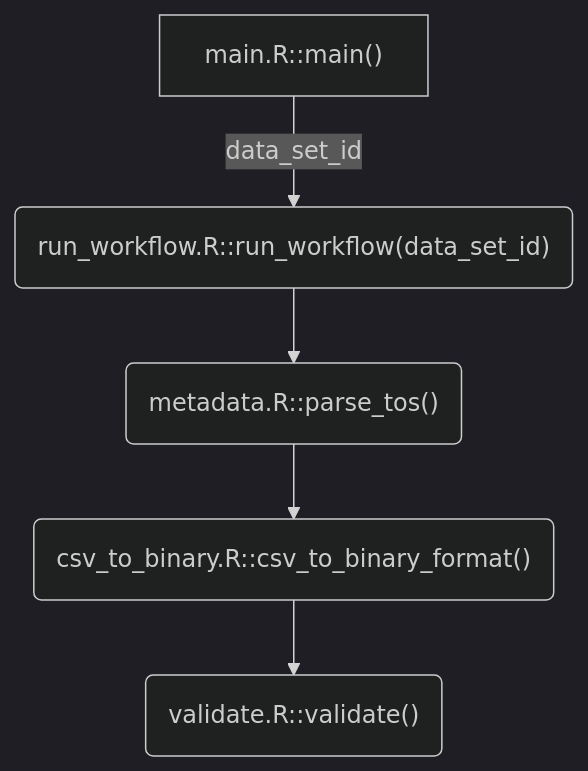
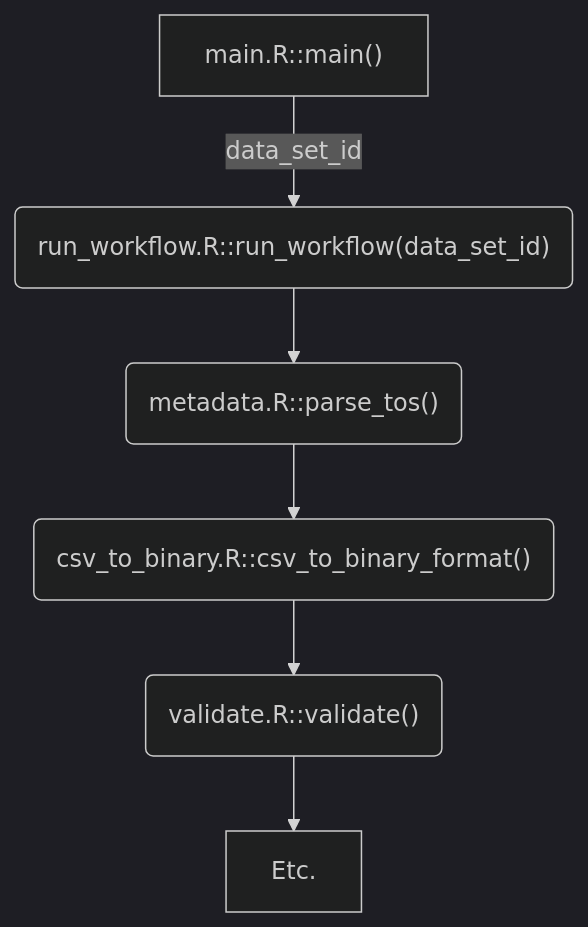
Before and after one commit to rcgsheffield/cured: the diagram in R/README.md, drawn with Mermaid (dark theme).

````diff
--- a/R/README.md
+++ b/R/README.md
@@ -5,7 +5,8 @@
 ```mermaid
 flowchart TD
   main["main.R::main()"] -->|"data_set_id"| run_workflow("run_workflow.R::run_workflow(data_set_id)")
   run_workflow --> parse_tos("metadata.R::parse_tos()")
   parse_tos --> csv_to_binary_format("csv_to_binary.R::csv_to_binary_format()")
   csv_to_binary_format --> validate("validate.R::validate()")
+  validate --> etc["Etc."]
 ```
````
